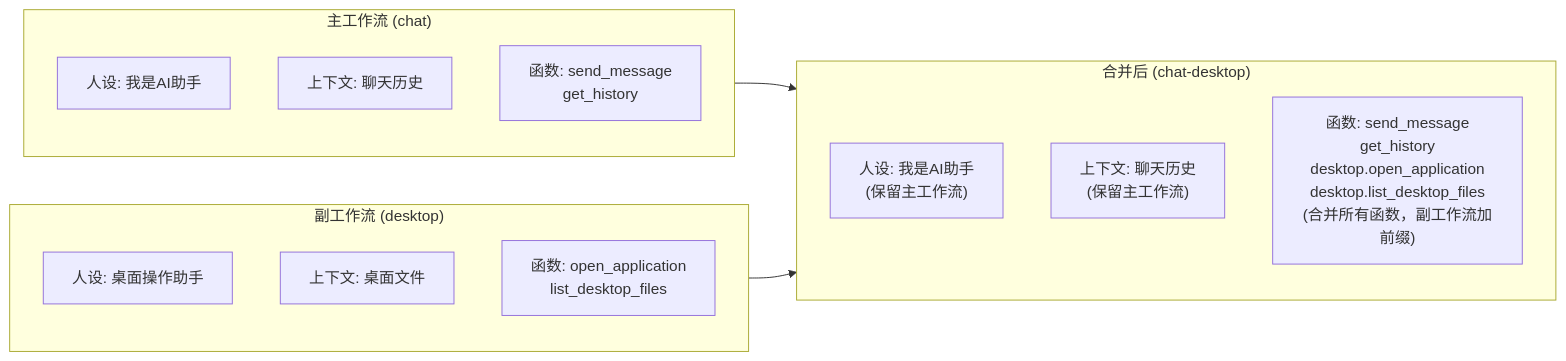
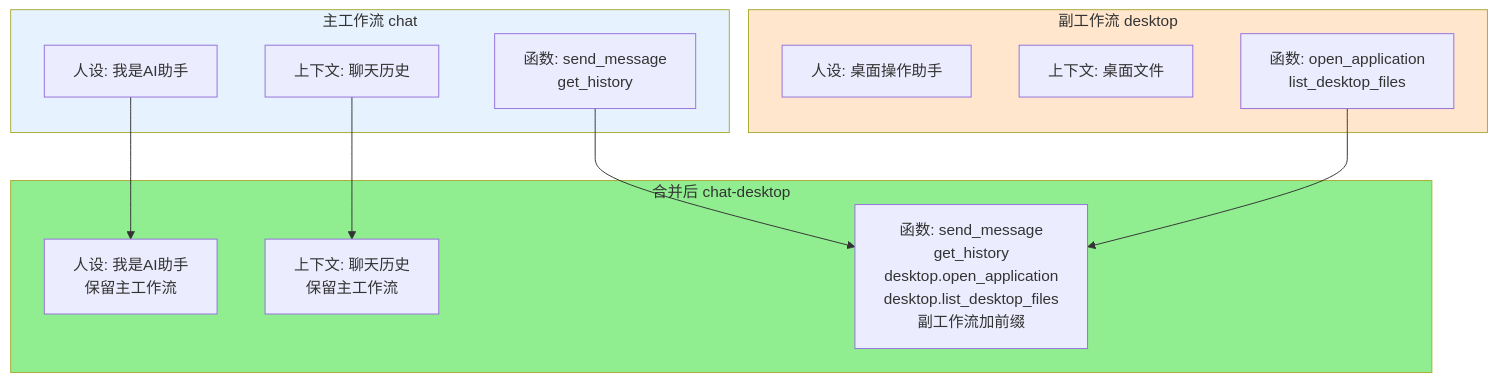
One commit to sunflowermm/XRK-AGT changed diagram 15 of 15 in docs/工作流系统完整文档.md. Above: the diagram before and after it, drawn with Mermaid. The commit also changed other lines of this file and 1 other file, not shown here.

````diff
--- a/docs/工作流系统完整文档.md
+++ b/docs/工作流系统完整文档.md
@@ -760,23 +775,29 @@
 ```mermaid
-flowchart LR
-    subgraph Main["主工作流 (chat)"]
+flowchart TB
+    subgraph Main["主工作流 chat"]
         MainPersona["人设: 我是AI助手"]
         MainContext["上下文: 聊天历史"]
         MainFuncs["函数: send_message<br/>get_history"]
     end
 
-    subgraph Secondary["副工作流 (desktop)"]
+    subgraph Secondary["副工作流 desktop"]
         SecPersona["人设: 桌面操作助手"]
         SecContext["上下文: 桌面文件"]
         SecFuncs["函数: open_application<br/>list_desktop_files"]
     end
 
-    subgraph Merged["合并后 (chat-desktop)"]
-        MergedPersona["人设: 我是AI助手<br/>(保留主工作流)"]
-        MergedContext["上下文: 聊天历史<br/>(保留主工作流)"]
-        MergedFuncs["函数: send_message<br/>get_history<br/>desktop.open_application<br/>desktop.list_desktop_files<br/>(合并所有函数，副工作流加前缀)"]
+    subgraph Merged["合并后 chat-desktop"]
+        MergedPersona["人设: 我是AI助手<br/>保留主工作流"]
+        MergedContext["上下文: 聊天历史<br/>保留主工作流"]
+        MergedFuncs["函数: send_message<br/>get_history<br/>desktop.open_application<br/>desktop.list_desktop_files<br/>副工作流加前缀"]
     end
 
-    Main --> Merged
-    Secondary --> Merged
+    MainFuncs --> MergedFuncs
+    SecFuncs --> MergedFuncs
+    MainPersona --> MergedPersona
+    MainContext --> MergedContext
+    
+    style Main fill:#E6F3FF
+    style Secondary fill:#FFE6CC
+    style Merged fill:#90EE90
 ```
````
